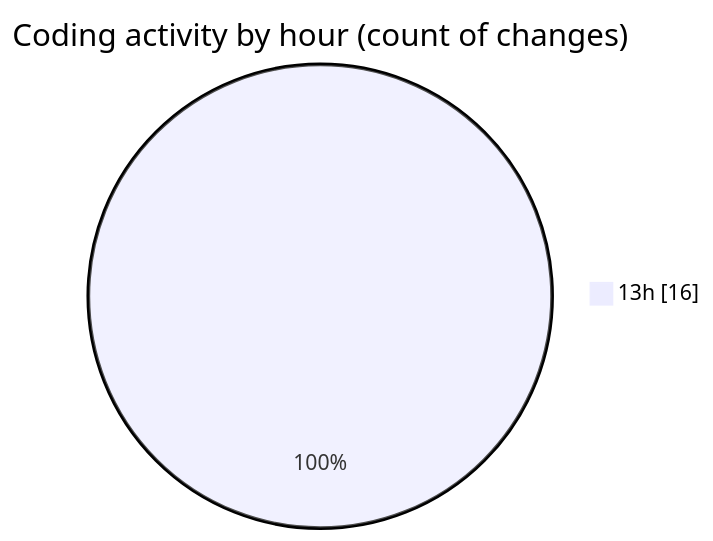
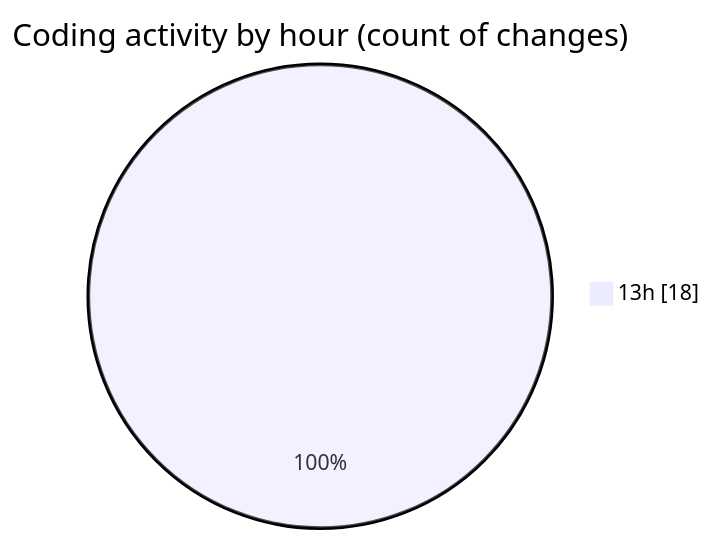
The second of 2 diagrams in 2025-09-10/data/README.md (lephambinh05/code-tracking), drawn with Mermaid before and after one commit. The commit also changed other lines of this file and 1 other file, not shown here.

````diff
--- a/2025-09-10/data/README.md
+++ b/2025-09-10/data/README.md
@@ -34,5 +36,5 @@
 ```mermaid
 pie showData
 title Coding activity by hour (count of changes)
-"13h" : 16
+"13h" : 18
 ```
````
